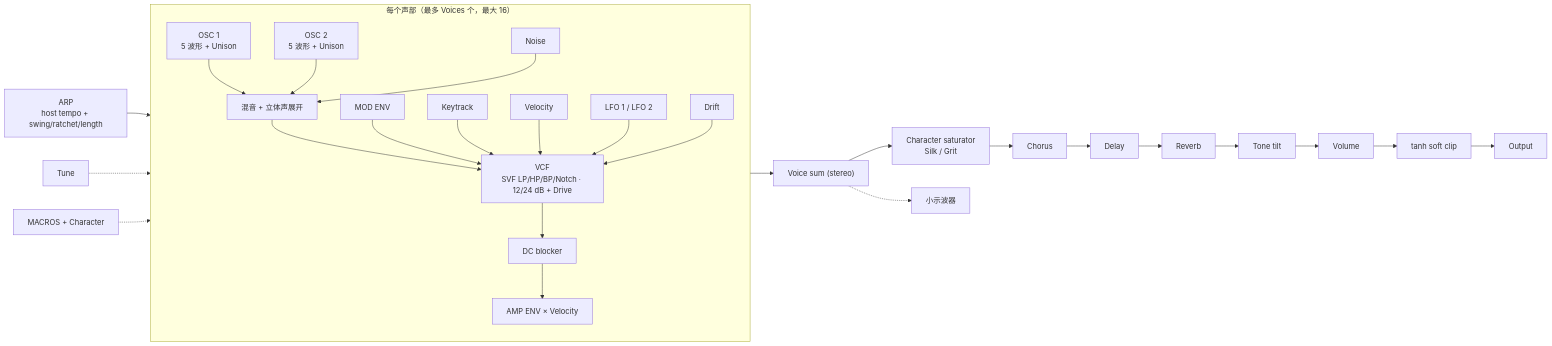
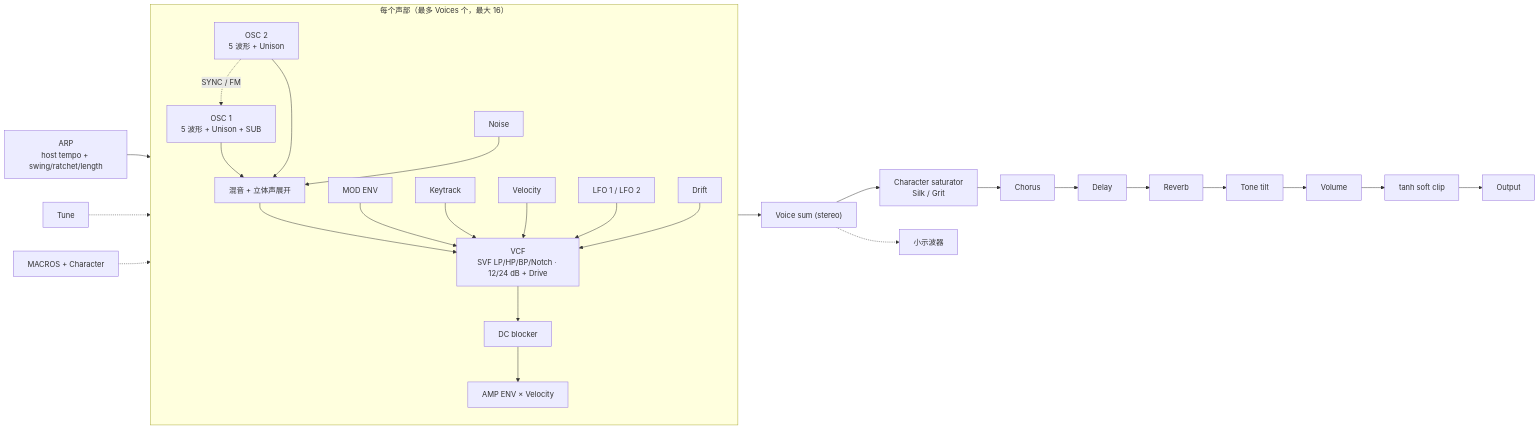
The diagram in README.md (77-223255/sushi), drawn with Mermaid before and after one commit. The commit also changed other lines of this file and 6 other files, not shown here.

First line of the commit message:
engine: add sub oscillator, hard sync and phase FM

````diff
--- a/README.md
+++ b/README.md
@@ -54,25 +55,26 @@
 ```mermaid
 flowchart LR
   subgraph VOICE["每个声部（最多 Voices 个，最大 16）"]
-    O1["OSC 1<br/>5 波形 + Unison"] --> MIX["混音 + 立体声展开"]
+    O1["OSC 1<br/>5 波形 + Unison + SUB"] --> MIX["混音 + 立体声展开"]
     O2["OSC 2<br/>5 波形 + Unison"] --> MIX
+    O2 -. "SYNC / FM" .-> O1
     N["Noise"] --> MIX
     MIX --> F["VCF<br/>SVF LP/HP/BP/Notch · 12/24 dB + Drive"]
     FE["MOD ENV"] --> F
     KT["Keytrack"] --> F
     VEL["Velocity"] --> F
     LFO["LFO 1 / LFO 2"] --> F
     DR["Drift"] --> F
     F --> DC["DC blocker"] --> AMP["AMP ENV × Velocity"]
   end
 
   ARP["ARP<br/>host tempo + swing/ratchet/length"] --> VOICE
   TUNE["Tune"] -.-> VOICE
   MAC["MACROS + Character"] -.-> VOICE
 
   VOICE --> SUM["Voice sum (stereo)"]
   SUM --> CHAR["Character saturator<br/>Silk / Grit"]
   CHAR --> CH["Chorus"] --> DL["Delay"] --> RV["Reverb"]
   RV --> TONE["Tone tilt"] --> VOL["Volume"] --> CLIP["tanh soft clip"] --> OUT["Output"]
   SUM -.-> SCOPE["小示波器"]
 ```
````
